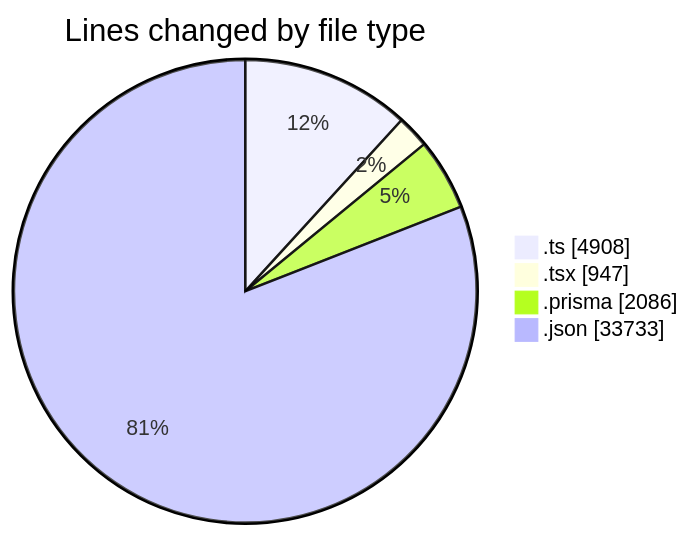
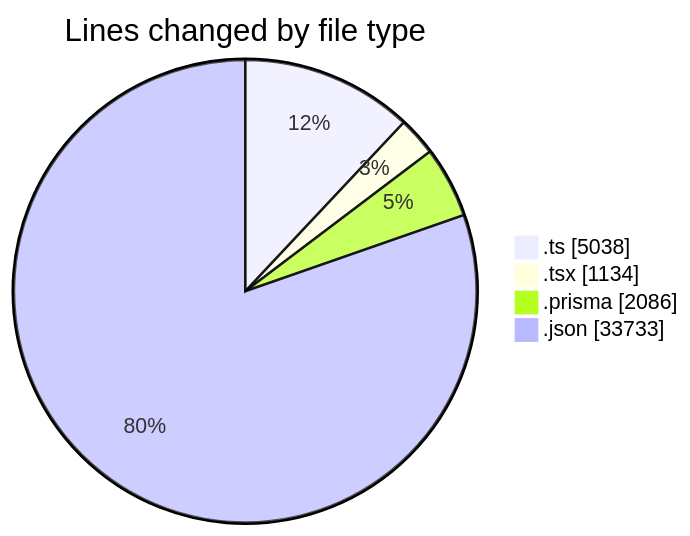
Before and after one commit to CELIANVF/code-tracking: the first of 2 diagrams in 2025-05-19/ecodeli-1/README.md, drawn with Mermaid. The commit also changed other lines of this file and 1 other file, not shown here.

````diff
--- a/2025-05-19/ecodeli-1/README.md
+++ b/2025-05-19/ecodeli-1/README.md
@@ -39,8 +41,8 @@
 ```mermaid
 pie showData
 title Lines changed by file type
-".ts" : 4908
-".tsx" : 947
+".ts" : 5038
+".tsx" : 1134
 ".prisma" : 2086
 ".json" : 33733
 ```
````
